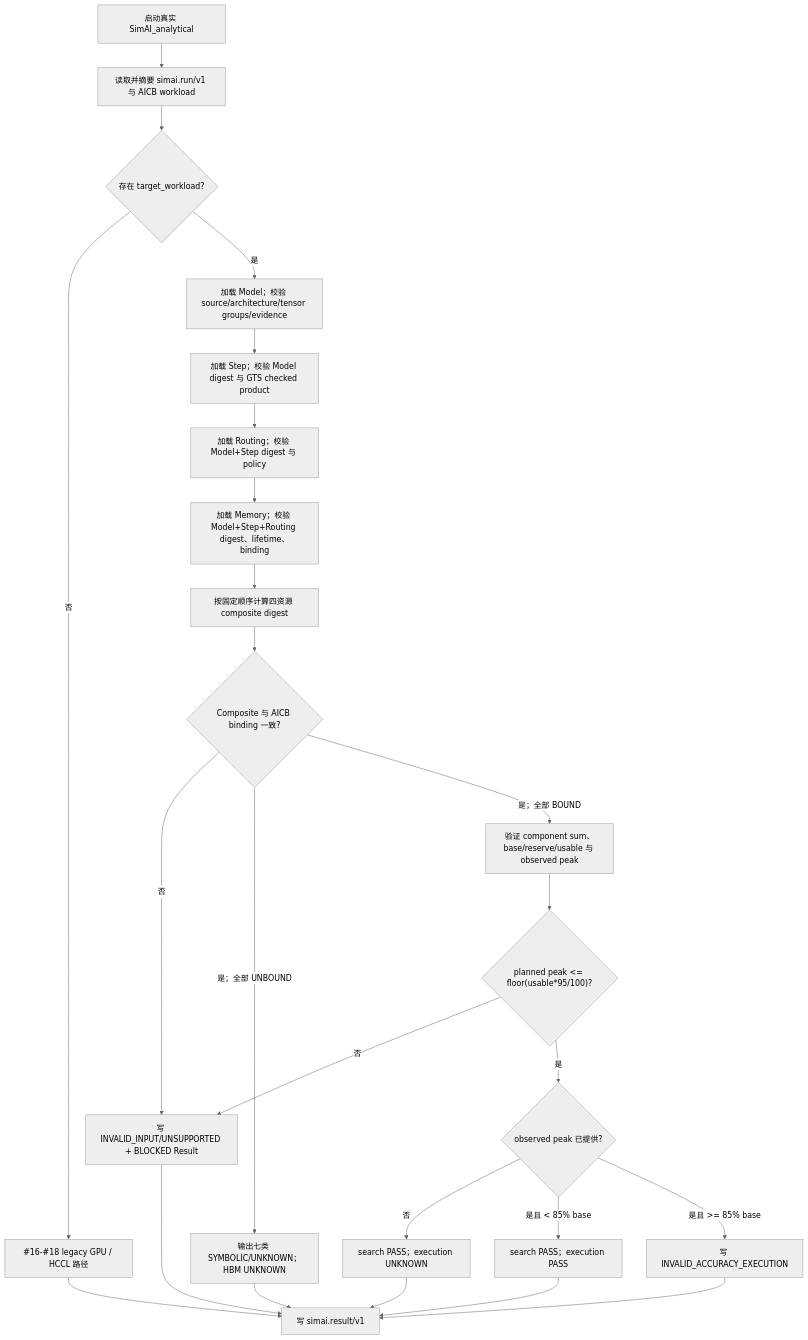
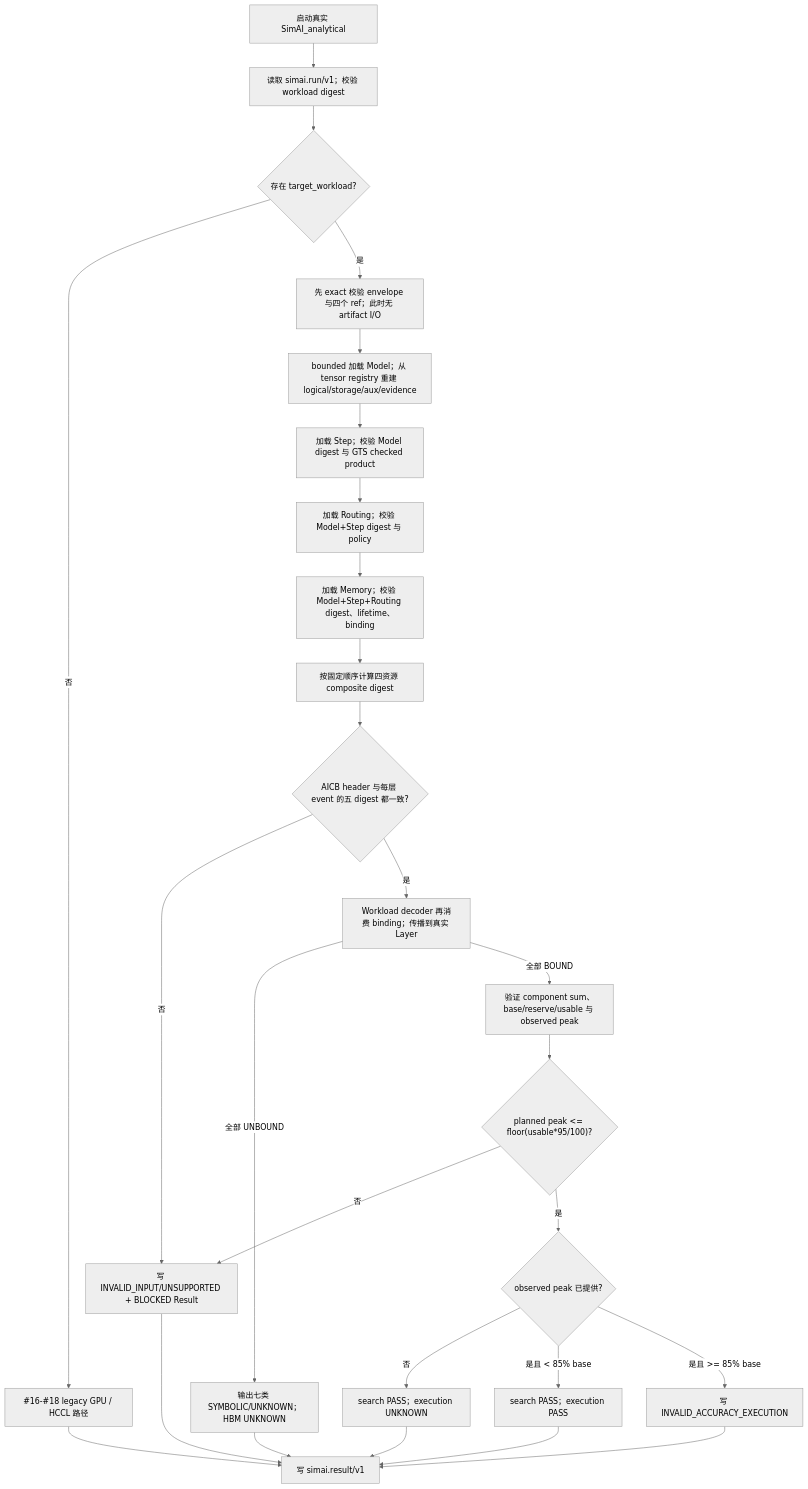
The first of 2 diagrams in docs/design/issue-19-design.md (Kirrito-k423/SimAI-Ascend), drawn with Mermaid (neutral theme) before and after one commit. The commit also changed other lines of this file and 15 other files, not shown here.

````diff
--- a/docs/design/issue-19-design.md
+++ b/docs/design/issue-19-design.md
@@ -51,27 +53,29 @@
 ```mermaid
 flowchart TD
-    A["启动真实 SimAI_analytical"] --> B["读取并摘要 simai.run/v1 与 AICB workload"]
+    A["启动真实 SimAI_analytical"] --> B["读取 simai.run/v1；校验 workload digest"]
     B --> C{"存在 target_workload?"}
     C -- "否" --> L["#16-#18 legacy GPU / HCCL 路径"]
-    C -- "是" --> D["加载 Model；校验 source/architecture/tensor groups/evidence"]
+    C -- "是" --> V["先 exact 校验 envelope 与四个 ref；此时无 artifact I/O"]
+    V --> D["bounded 加载 Model；从 tensor registry 重建 logical/storage/aux/evidence"]
     D --> E["加载 Step；校验 Model digest 与 GTS checked product"]
     E --> F["加载 Routing；校验 Model+Step digest 与 policy"]
     F --> G["加载 Memory；校验 Model+Step+Routing digest、lifetime、binding"]
     G --> H["按固定顺序计算四资源 composite digest"]
-    H --> I{"Composite 与 AICB binding 一致?"}
+    H --> I{"AICB header 与每层 event 的五 digest 都一致?"}
     I -- "否" --> X["写 INVALID_INPUT/UNSUPPORTED + BLOCKED Result"]
-    I -- "是；全部 UNBOUND" --> S["输出七类 SYMBOLIC/UNKNOWN；HBM UNKNOWN"]
-    I -- "是；全部 BOUND" --> M["验证 component sum、base/reserve/usable 与 observed peak"]
+    I -- "是" --> U["Workload decoder 再消费 binding；传播到真实 Layer"]
+    U -- "全部 UNBOUND" --> S["输出七类 SYMBOLIC/UNKNOWN；HBM UNKNOWN"]
+    U -- "全部 BOUND" --> M["验证 component sum、base/reserve/usable 与 observed peak"]
     M --> N{"planned peak <= floor(usable*95/100)?"}
     N -- "否" --> X
     N -- "是" --> O{"observed peak 已提供?"}
     O -- "否" --> R["search PASS；execution UNKNOWN"]
     O -- "是且 < 85% base" --> P["search PASS；execution PASS"]
     O -- "是且 >= 85% base" --> Y["写 INVALID_ACCURACY_EXECUTION"]
     L --> W["写 simai.result/v1"]
     S --> W
     R --> W
     P --> W
     X --> W
     Y --> W
 ```
````
